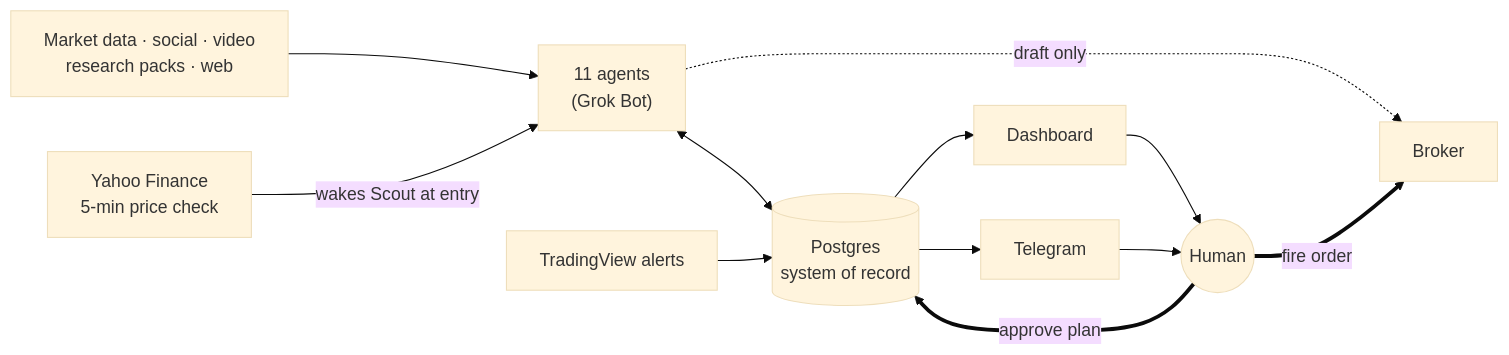
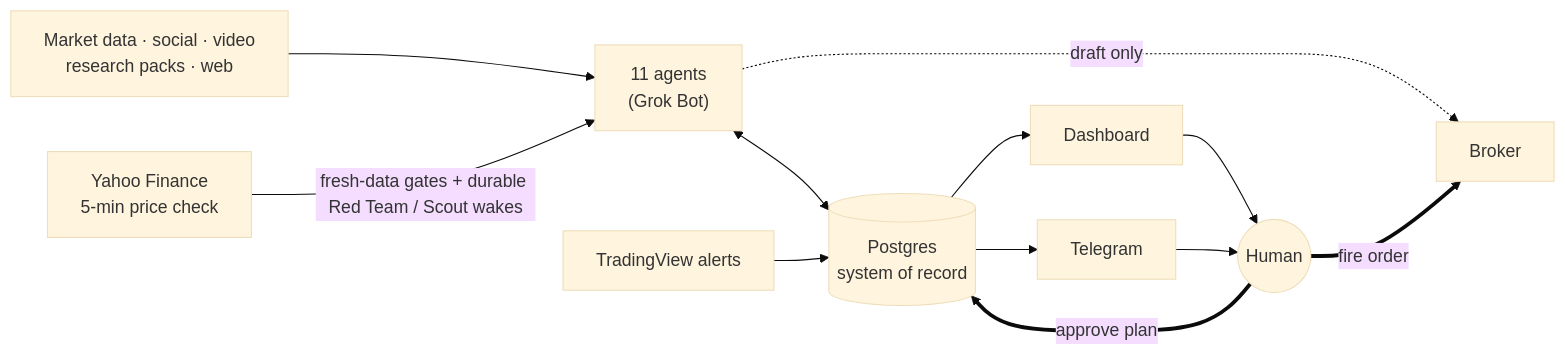
One commit to imranchatur-cpu/TradeOps-Public changed the diagram in README.md. Above: the diagram before and after it, drawn with Mermaid (base theme). The commit also changed other lines of this file and 26 other files, not shown here.

````diff
--- a/README.md
+++ b/README.md
@@ -48,12 +45,12 @@
 ```mermaid
 flowchart LR
     IN["Market data · social · video<br/>research packs · web"] --> DESK["11 agents<br/>(Grok Bot)"]
     DESK <--> DB[("Postgres<br/>system of record")]
     DB --> DASH["Dashboard"] & TG["Telegram"]
     TV["TradingView alerts"] --> DB
-    YF["Yahoo Finance<br/>5-min price check"] -->|"wakes Scout at entry"| DESK
+    YF["Yahoo Finance<br/>5-min price check"] -->|"fresh-data gates + durable Red Team / Scout wakes"| DESK
     DESK -.->|"draft only"| BR["Broker"]
     H(("Human")) ==>|"approve plan"| DB
     H ==>|"fire order"| BR
     DASH & TG --> H
 ```
````
